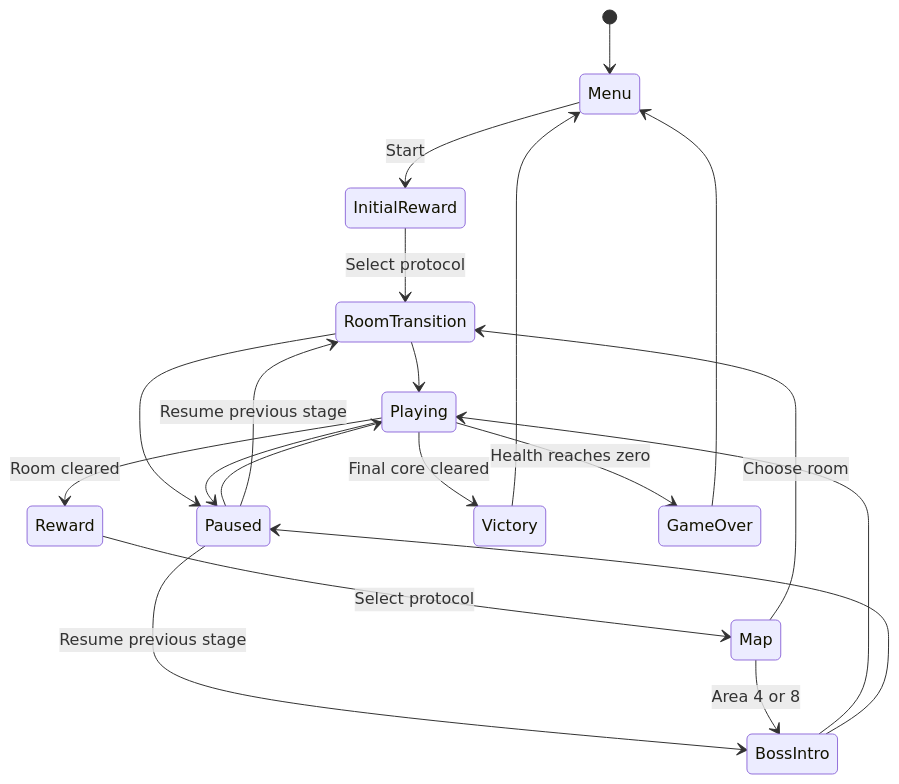
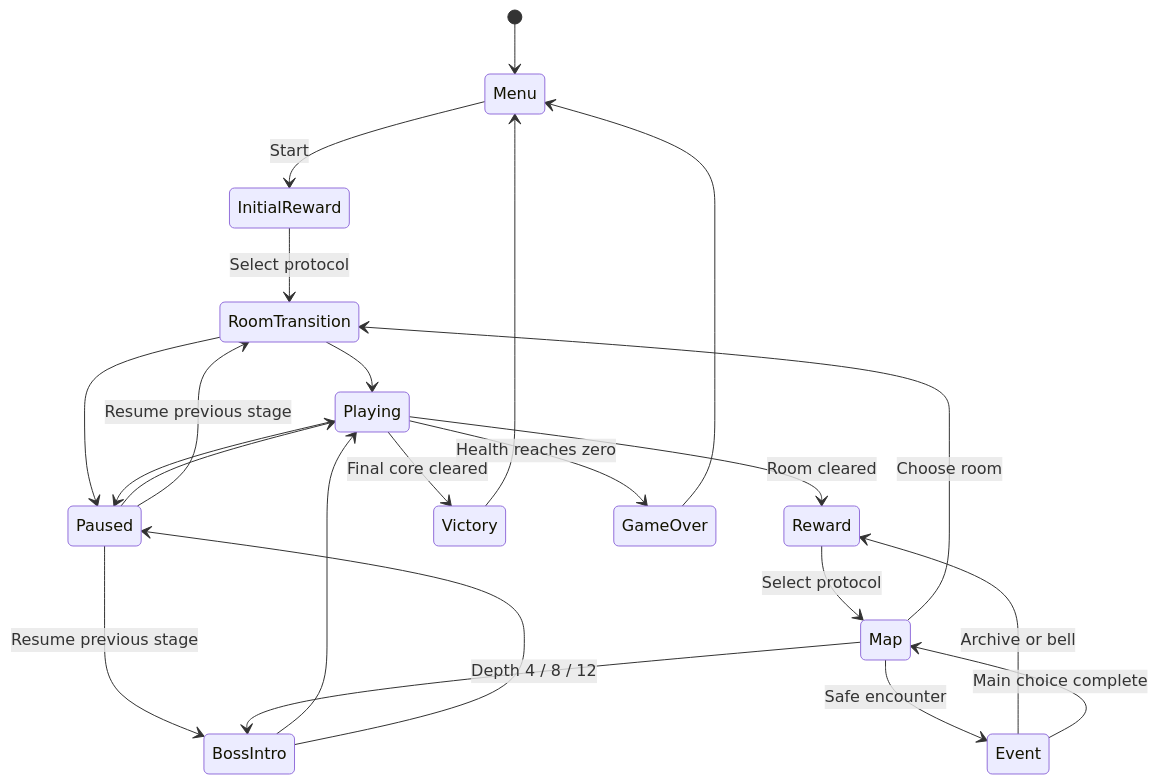
Before and after one commit to QiQiyzhu/arc-shift: the second of 3 diagrams in docs/architecture.md, drawn with Mermaid. The commit also changed other lines of this file and 66 other files, not shown here.

````diff
--- a/docs/architecture.md
+++ b/docs/architecture.md
@@ -64,22 +65,25 @@
 ```mermaid
 stateDiagram-v2
   [*] --> Menu
   Menu --> InitialReward: Start
   InitialReward --> RoomTransition: Select protocol
   RoomTransition --> Playing
   RoomTransition --> Paused
   Playing --> Paused
   Paused --> Playing
   Paused --> RoomTransition: Resume previous stage
   Paused --> BossIntro: Resume previous stage
   Playing --> Reward: Room cleared
   Reward --> Map: Select protocol
   Map --> RoomTransition: Choose room
-  Map --> BossIntro: Area 4 or 8
+  Map --> BossIntro: Depth 4 / 8 / 12
+  Map --> Event: Safe encounter
+  Event --> Reward: Archive or bell
+  Event --> Map: Main choice complete
   BossIntro --> Playing
   BossIntro --> Paused
   Playing --> Victory: Final core cleared
   Playing --> GameOver: Health reaches zero
   Victory --> Menu
   GameOver --> Menu
 ```
````
